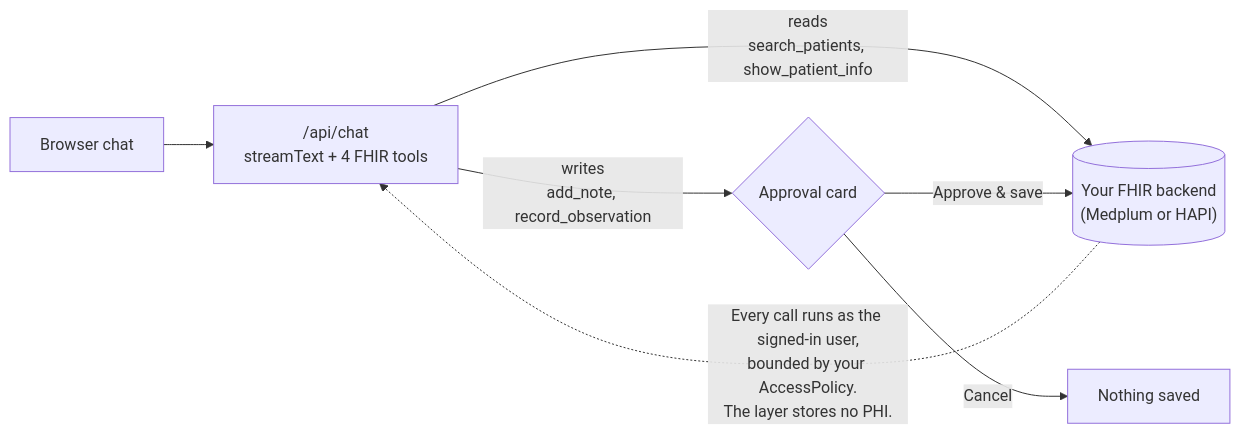
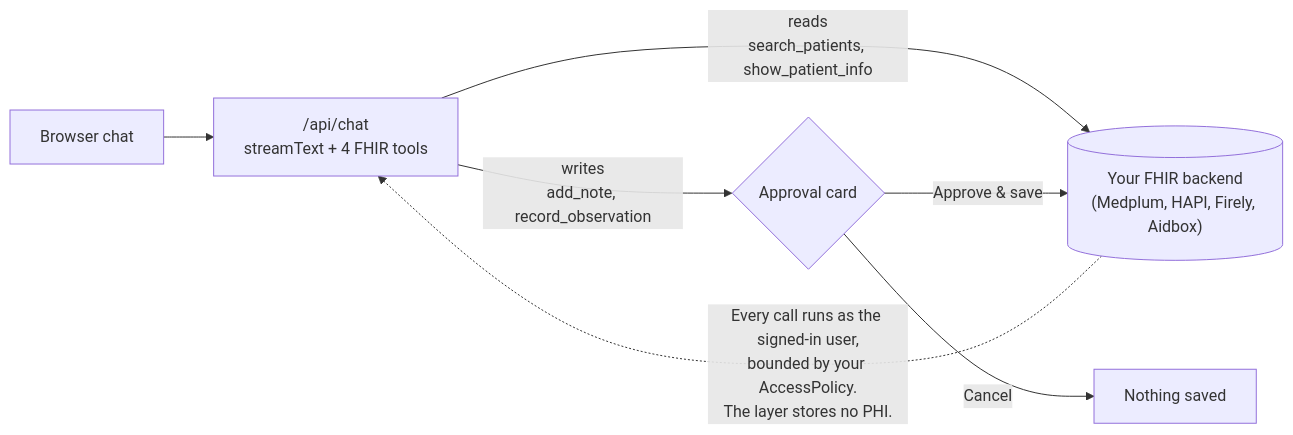
The diagram in README.md (cbetz/last-ehr), drawn with Mermaid before and after one commit. The commit also changed other lines of this file and 9 other files, not shown here.

````diff
--- a/README.md
+++ b/README.md
@@ -82,9 +85,9 @@
 ```mermaid
 flowchart LR
     B["Browser chat"] --> A["/api/chat<br/>streamText + 4 FHIR tools"]
-    A -- "reads<br/>search_patients, show_patient_info" --> M[("Your FHIR backend<br/>(Medplum or HAPI)")]
+    A -- "reads<br/>search_patients, show_patient_info" --> M[("Your FHIR backend<br/>(Medplum, HAPI, Firely, Aidbox)")]
     A -- "writes<br/>add_note, record_observation" --> C{"Approval card"}
     C -- "Approve & save" --> M
     C -- "Cancel" --> N["Nothing saved"]
     M -. "Every call runs as the signed-in user,<br/>bounded by your AccessPolicy.<br/>The layer stores no PHI." .-> A
 ```
````
